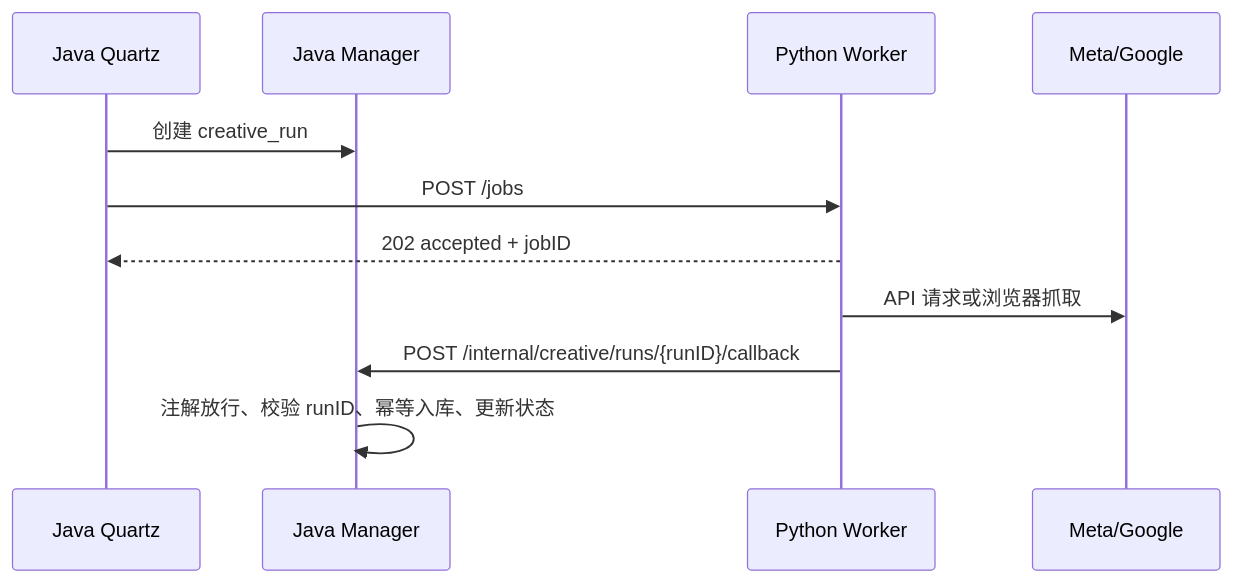
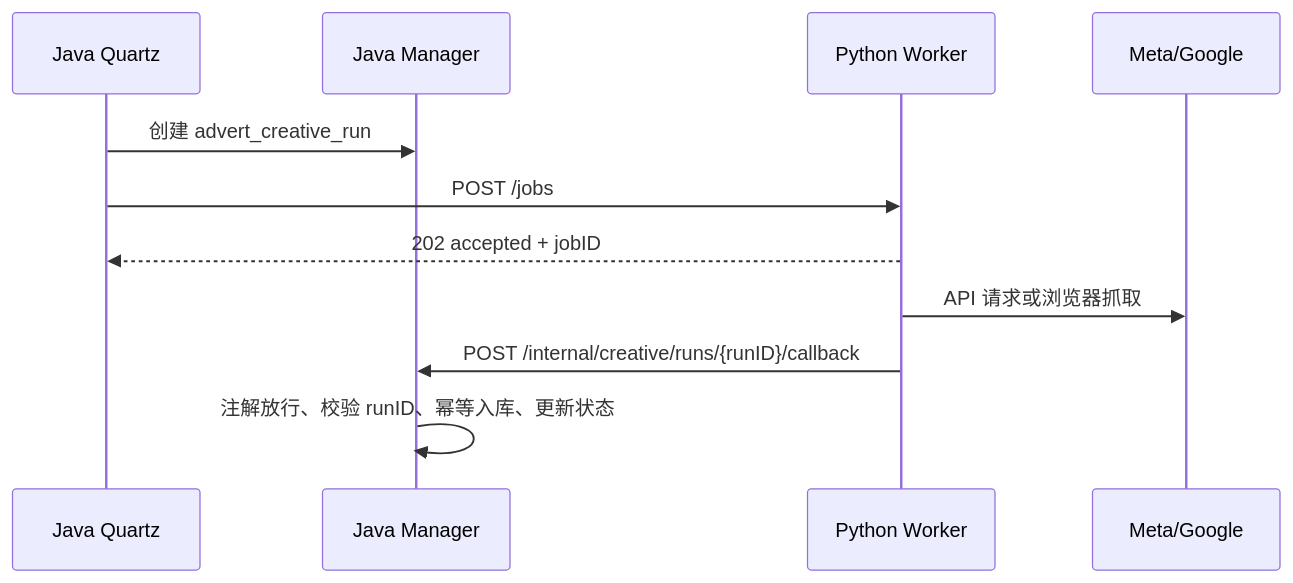
One commit to xianjiandada/id-game-distribution-python-workers changed the diagram in docs/架构设计.md. Above: the diagram before and after it, drawn with Mermaid. The commit also changed 4 other files, not shown here.

Commit message:
docs: align advert creative table names

````diff
--- a/docs/架构设计.md
+++ b/docs/架构设计.md
@@ -11,13 +11,13 @@
 ```mermaid
 sequenceDiagram
     participant Q as Java Quartz
     participant M as Java Manager
     participant P as Python Worker
     participant S as Meta/Google
-    Q->>M: 创建 creative_run
+    Q->>M: 创建 advert_creative_run
     Q->>P: POST /jobs
     P-->>Q: 202 accepted + jobID
     P->>S: API 请求或浏览器抓取
     P->>M: POST /internal/creative/runs/{runID}/callback
     M->>M: 注解放行、校验 runID、幂等入库、更新状态
 ```
````
